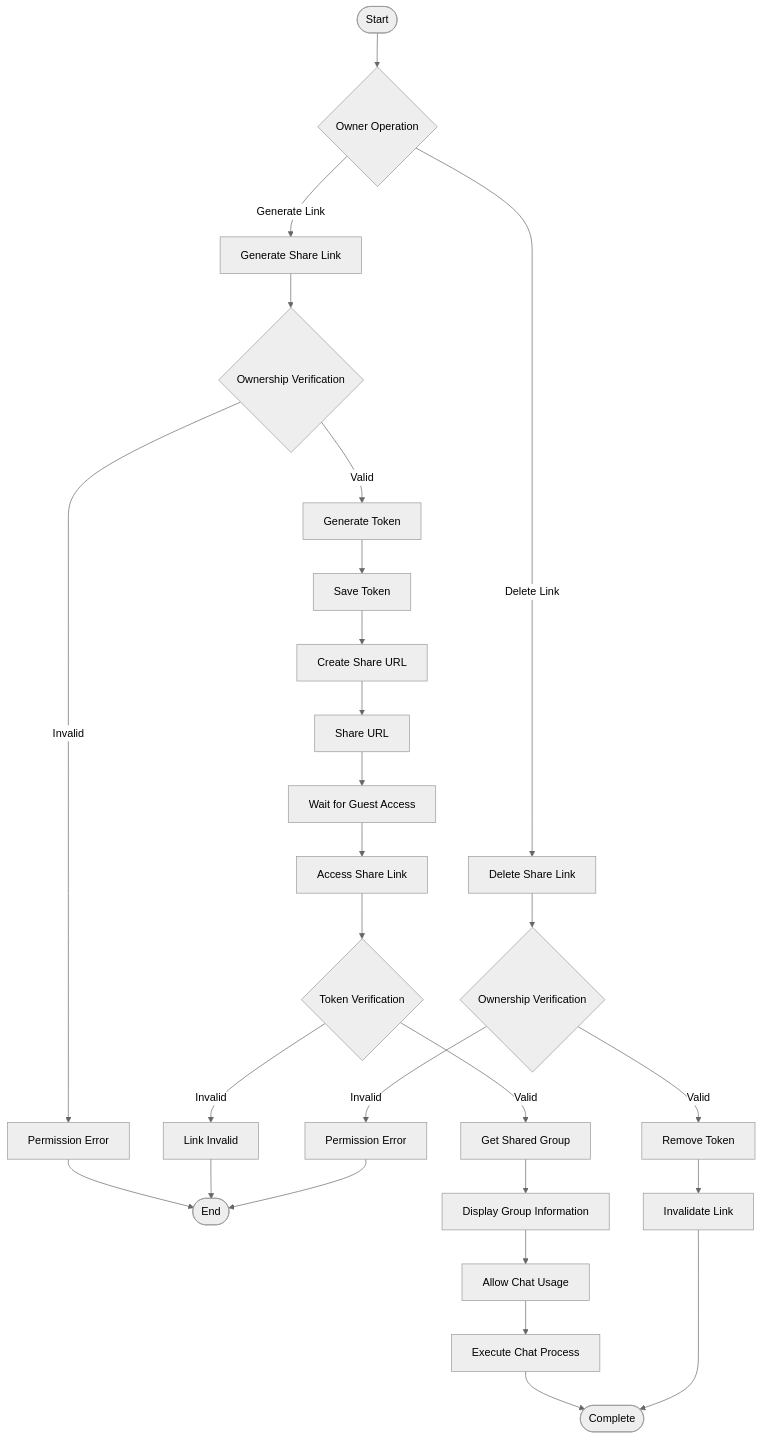
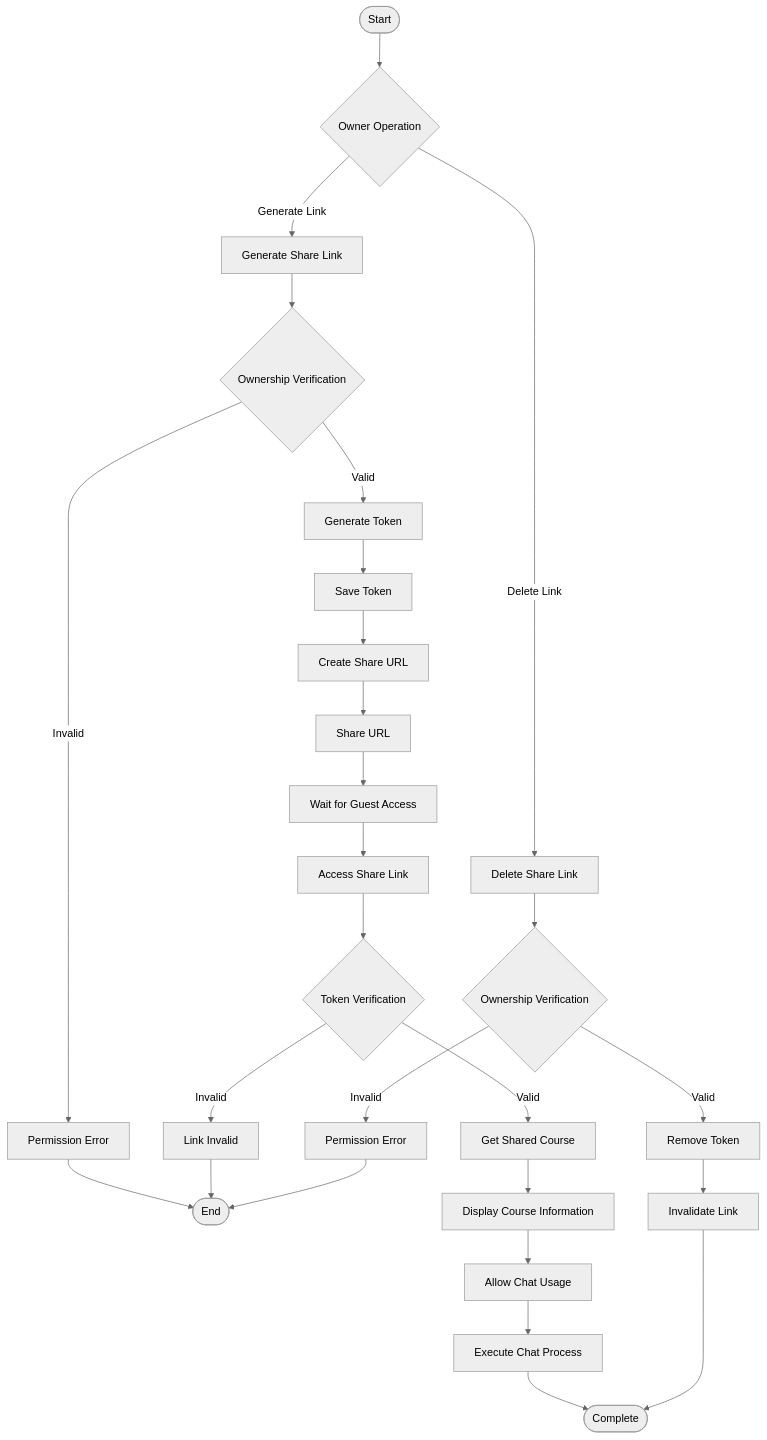
The fourth of 10 diagrams in docs/architecture/bpmn.md (yukiharada1228/videoq), drawn with Mermaid (neutral theme) before and after one commit. The commit also changed other lines of this file and 140 other files, not shown here.

````diff
--- a/docs/architecture/bpmn.md
+++ b/docs/architecture/bpmn.md
@@ -110,32 +110,32 @@
 ```mermaid
 flowchart TD
     Start([Start]) --> OwnerAction{Owner Operation}
     OwnerAction -->|Generate Link| GenerateLink[Generate Share Link]
     OwnerAction -->|Delete Link| DeleteLink[Delete Share Link]
     
     GenerateLink --> ValidateOwner{Ownership Verification}
     ValidateOwner -->|Invalid| RejectOwner[Permission Error]
     RejectOwner --> End([End])
     ValidateOwner -->|Valid| CreateToken[Generate Token]
     CreateToken --> SaveToken[Save Token]
     SaveToken --> CreateURL[Create Share URL]
     CreateURL --> ShareURL[Share URL]
     ShareURL --> GuestAccess[Wait for Guest Access]
     
     GuestAccess --> AccessLink[Access Share Link]
     AccessLink --> ValidateToken{Token Verification}
     ValidateToken -->|Invalid| InvalidLink[Link Invalid]
     InvalidLink --> End
-    ValidateToken -->|Valid| GetSharedGroup[Get Shared Group]
-    GetSharedGroup --> DisplayGroup[Display Group Information]
+    ValidateToken -->|Valid| GetSharedGroup[Get Shared Course]
+    GetSharedGroup --> DisplayGroup[Display Course Information]
     DisplayGroup --> AllowChat[Allow Chat Usage]
     AllowChat --> ChatProcess[Execute Chat Process]
     ChatProcess --> Complete([Complete])
     
     DeleteLink --> ValidateOwner2{Ownership Verification}
     ValidateOwner2 -->|Invalid| RejectOwner2[Permission Error]
     RejectOwner2 --> End
     ValidateOwner2 -->|Valid| RemoveToken[Remove Token]
     RemoveToken --> InvalidateLink[Invalidate Link]
     InvalidateLink --> Complete
 ```
````
